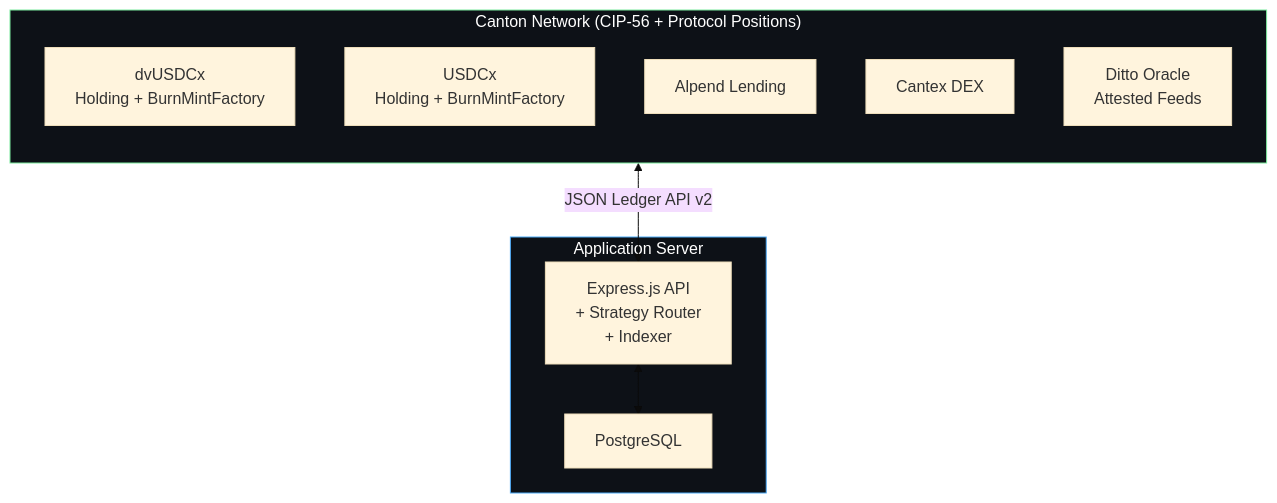
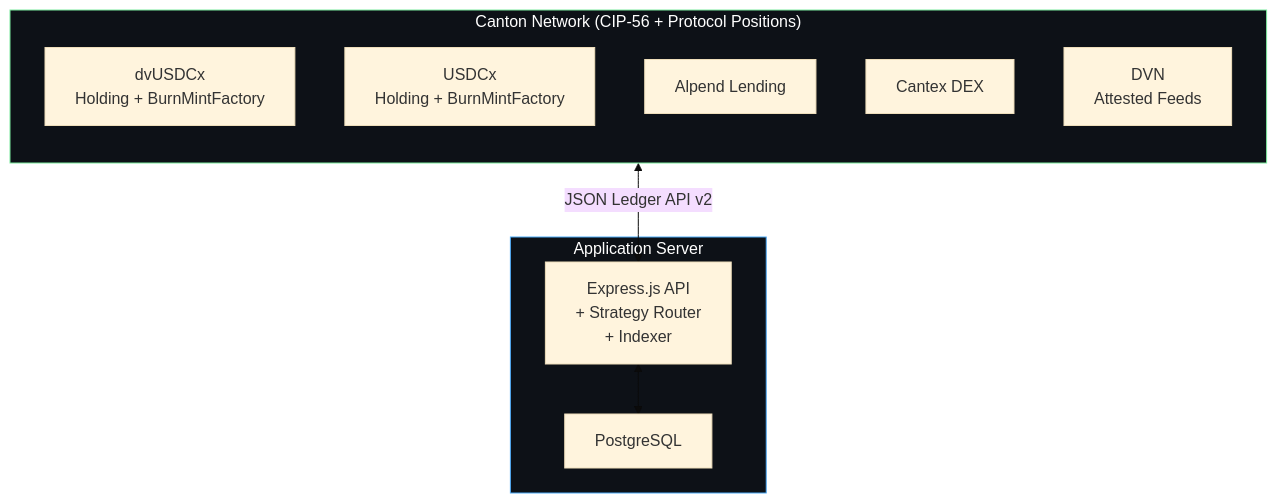
The first of 4 diagrams in ARCHITECTURE.md (dittonetwork/ditto-ccvault), drawn with Mermaid (base theme) before and after one commit. The commit also changed other lines of this file and 2 other files, not shown here.

First line of the commit message:
Refine docs: DVN brand, on-chain NAV publication, manual integration, honest APYs and FA framing

````diff
--- a/ARCHITECTURE.md
+++ b/ARCHITECTURE.md
@@ -32,22 +32,22 @@
 ```mermaid
 flowchart TB
     subgraph Canton["Canton Network (CIP-56 + Protocol Positions)"]
         direction TB
         DV["dvUSDCx<br/>Holding + BurnMintFactory"]
         UX["USDCx<br/>Holding + BurnMintFactory"]
         ALPEND["Alpend Lending"]
         CANTEX["Cantex DEX"]
-        ORACLE["Ditto Oracle<br/>Attested Feeds"]
+        ORACLE["DVN<br/>Attested Feeds"]
     end
 
     subgraph App["Application Server"]
         BE["Express.js API<br/>+ Strategy Router<br/>+ Indexer"]
         DB["PostgreSQL"]
         BE <--> DB
     end
 
     Canton <-->|"JSON Ledger API v2"| BE
 
     style Canton fill:#0d1117,stroke:#7ae99d,color:#fff
     style App fill:#0d1117,stroke:#4dabf7,color:#fff
 ```
````
